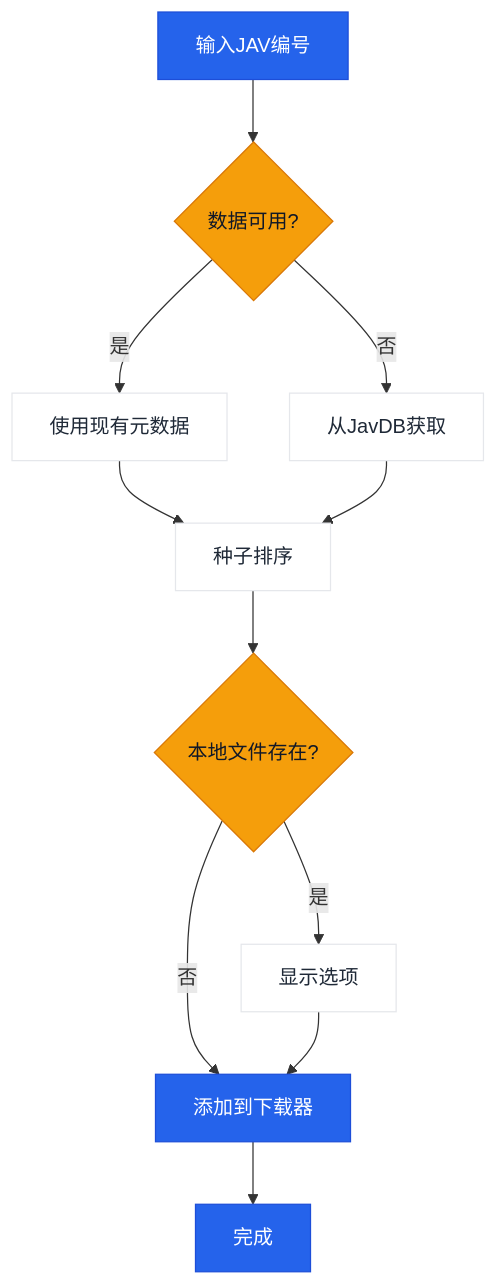
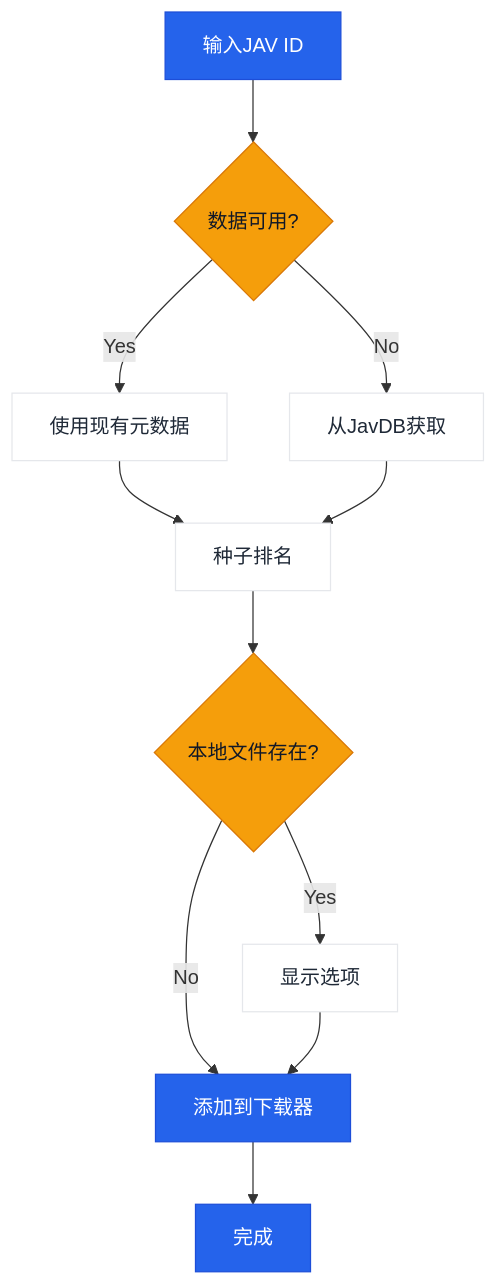
Before and after one commit to jqknono/jav-manager: the diagram in README.zh-CN.md, drawn with Mermaid. The commit also changed other lines of this file and 26 other files, not shown here.

````diff
--- a/README.zh-CN.md
+++ b/README.zh-CN.md
@@ -19,21 +19,21 @@
 ```mermaid
 flowchart TD
-    A[输入JAV编号] --> B{数据可用?}
-    B -->|是| C[使用现有元数据]
-    B -->|否| D[从JavDB获取]
-    C --> E[种子排序]
+    A[输入JAV ID] --> B{数据可用?}
+    B -->|Yes| C[使用现有元数据]
+    B -->|No| D[从JavDB获取]
+    C --> E[种子排名]
     D --> E
     E --> F{本地文件存在?}
-    F -->|是| G[显示选项]
-    F -->|否| H[添加到下载器]
+    F -->|Yes| G[显示选项]
+    F -->|No| H[添加到下载器]
     G --> H
     H --> I[完成]
 
     classDef primary fill:#2563eb,stroke:#1d4ed8,color:#ffffff;
     classDef decision fill:#f59e0b,stroke:#d97706,color:#111827;
     classDef neutral fill:#ffffff,stroke:#e5e7eb,color:#1f2937;
 
     class A,H,I primary;
     class B,F decision;
     class C,D,E,G neutral;
 ```
````
